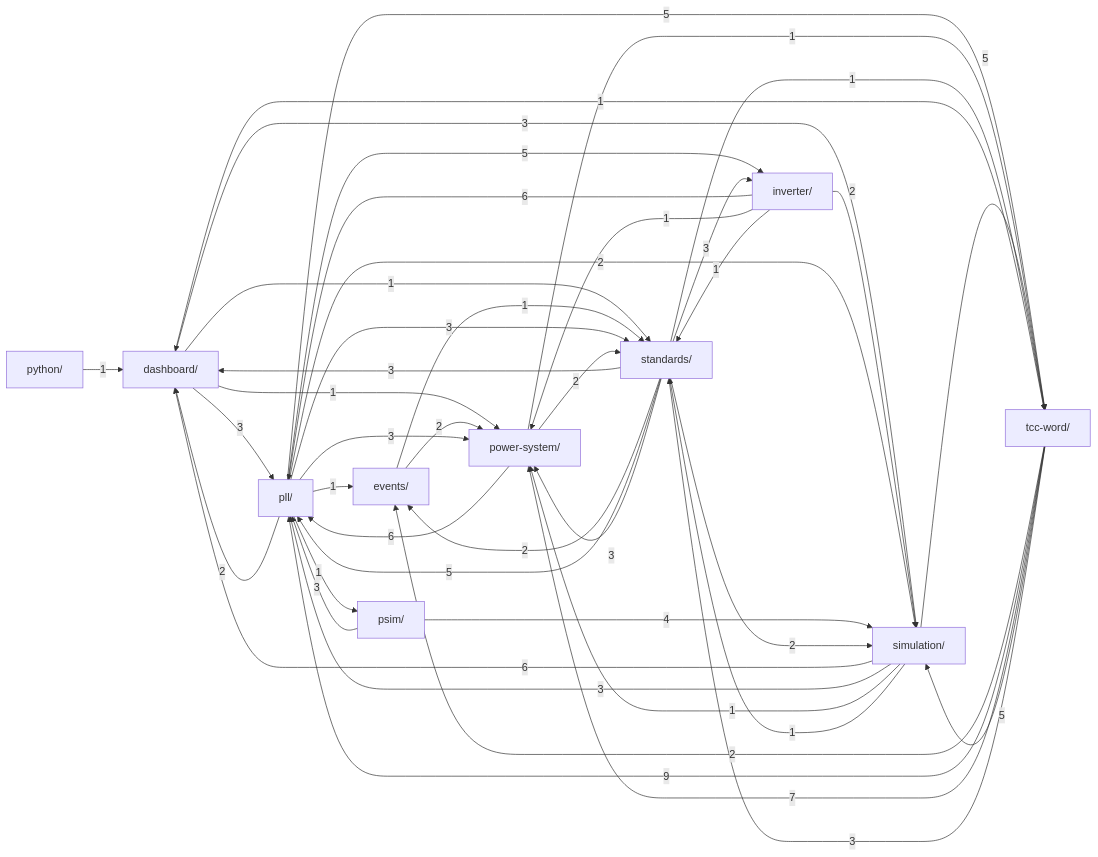
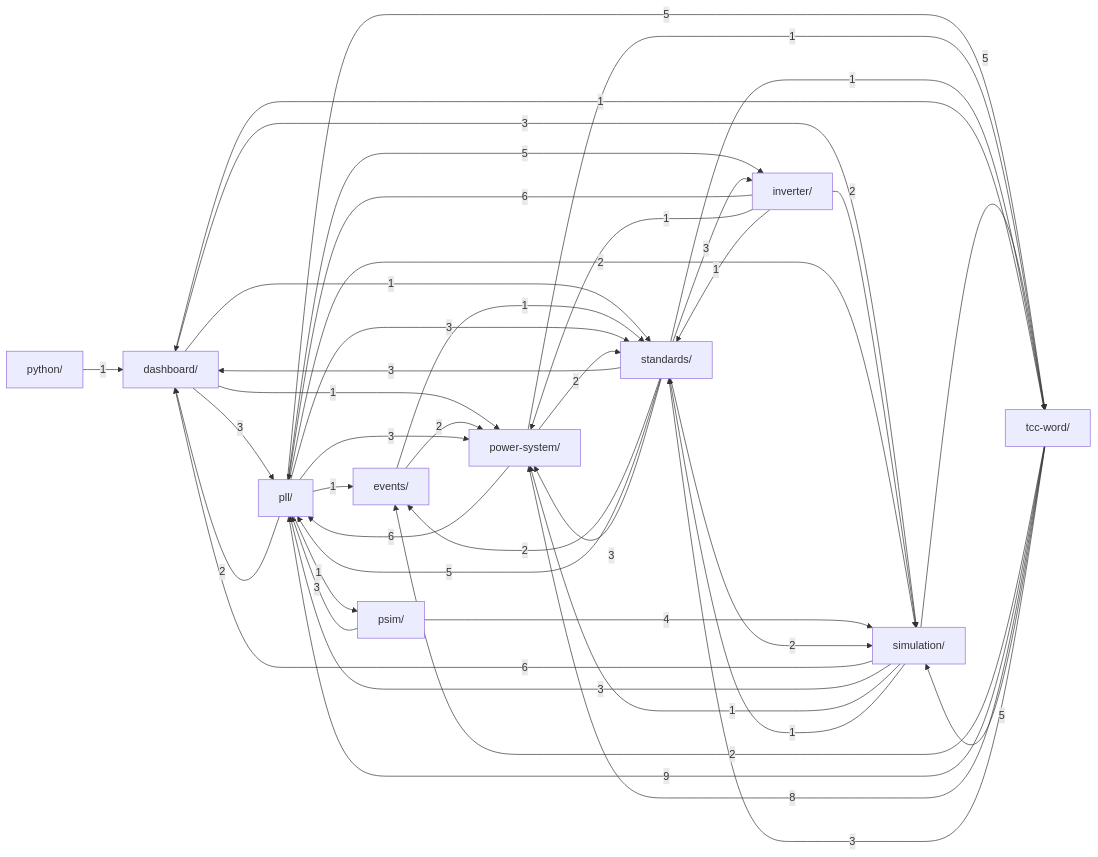
Before and after one commit to GGHB0/pll_stability_9bus: the diagram in .claude/kb/grafo.md, drawn with Mermaid. The commit also changed 4 other files, not shown here.

Commit message:
Log Figure 4.1 swap and UFV power fix delivered to the TCC

````diff
--- a/.claude/kb/grafo.md
+++ b/.claude/kb/grafo.md
@@ -12,55 +12,55 @@
 ```mermaid
 graph LR
     dashboard["dashboard/"]
     events["events/"]
     inverter["inverter/"]
     pll["pll/"]
     power_system["power-system/"]
     psim["psim/"]
     python["python/"]
     simulation["simulation/"]
     standards["standards/"]
     tcc_word["tcc-word/"]
     dashboard -->|3| pll
     dashboard -->|1| power_system
     dashboard -->|3| simulation
     dashboard -->|1| standards
     events -->|2| power_system
     events -->|1| standards
     inverter -->|6| pll
     inverter -->|1| power_system
     inverter -->|2| simulation
     inverter -->|1| standards
     pll -->|2| dashboard
     pll -->|1| events
     pll -->|5| inverter
     pll -->|3| power_system
     pll -->|1| psim
     pll -->|2| simulation
     pll -->|3| standards
     pll -->|5| tcc_word
     power_system -->|6| pll
     power_system -->|2| standards
     power_system -->|1| tcc_word
     psim -->|3| pll
     psim -->|4| simulation
     python -->|1| dashboard
     simulation -->|6| dashboard
     simulation -->|3| pll
     simulation -->|1| power_system
     simulation -->|1| standards
     simulation -->|5| tcc_word
     standards -->|3| dashboard
     standards -->|2| events
     standards -->|3| inverter
     standards -->|5| pll
     standards -->|3| power_system
     standards -->|2| simulation
     standards -->|1| tcc_word
     tcc_word -->|1| dashboard
     tcc_word -->|2| events
     tcc_word -->|9| pll
-    tcc_word -->|7| power_system
+    tcc_word -->|8| power_system
     tcc_word -->|5| simulation
     tcc_word -->|3| standards
 ```
````
